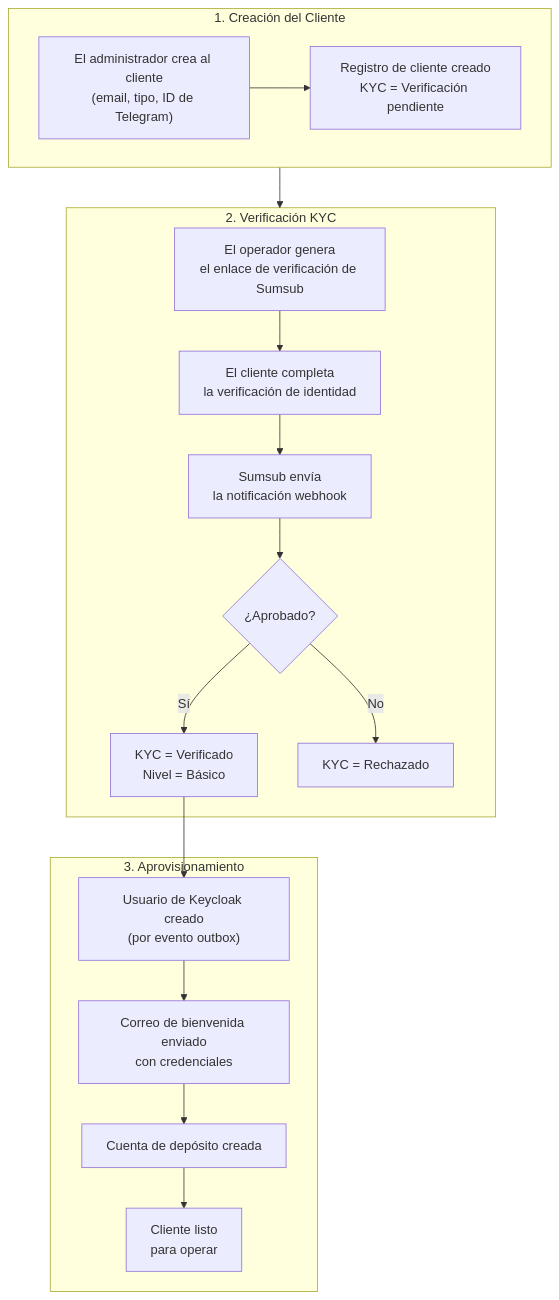
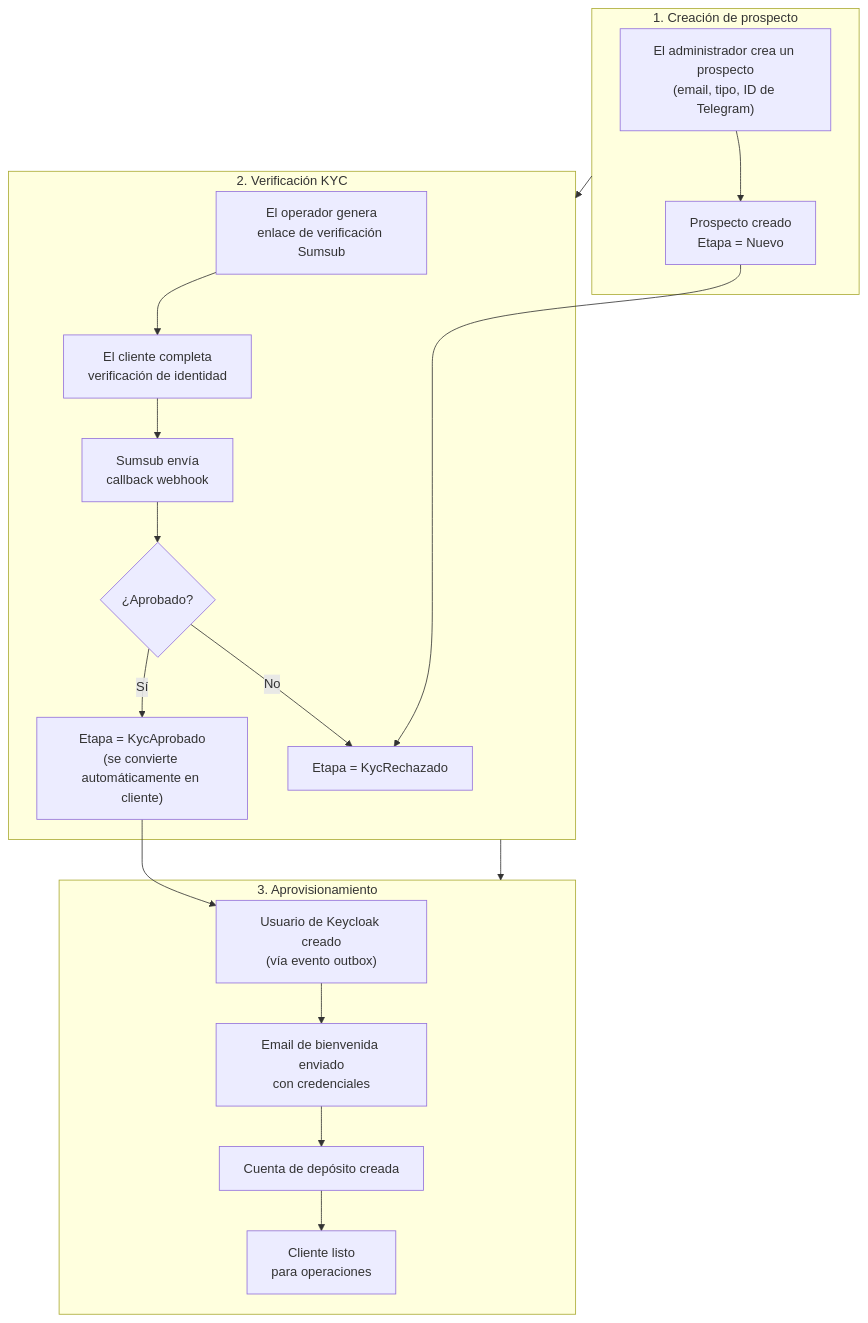
One commit to GaloyMoney/lana-bank changed the diagram in docs-site/i18n/es/docusaurus-plugin-content-docs/current/technical-documentation/customers/onboarding.md. Above: the diagram before and after it, drawn with Mermaid. The commit also changed other lines of this file and 5 other files, not shown here.

````diff
--- a/docs-site/i18n/es/docusaurus-plugin-content-docs/current/technical-documentation/customers/onboarding.md
+++ b/docs-site/i18n/es/docusaurus-plugin-content-docs/current/technical-documentation/customers/onboarding.md
@@ -13,19 +13,21 @@
 ```mermaid
 graph TD
-    subgraph S1["1. Creación del Cliente"]
-        CREATE["El administrador crea al cliente<br/>(email, tipo, ID de Telegram)"] --> PENDING["Registro de cliente creado<br/>KYC = Verificación pendiente"]
+    subgraph S1["1. Creación de prospecto"]
+        CREATE["El administrador crea un prospecto<br/>(email, tipo, ID de Telegram)"] --> NEW["Prospecto creado<br/>Etapa = Nuevo"]
     end
     subgraph S2["2. Verificación KYC"]
-        LINK["El operador genera<br/>el enlace de verificación de Sumsub"] --> CUST["El cliente completa<br/>la verificación de identidad"] --> HOOK["Sumsub envía<br/>la notificación webhook"]
+        LINK["El operador genera<br/>enlace de verificación Sumsub"] --> CUST["El cliente completa<br/>verificación de identidad"] --> HOOK["Sumsub envía<br/>callback webhook"]
         HOOK --> RESULT{¿Aprobado?}
-        RESULT -->|Sí| APPROVED["KYC = Verificado<br/>Nivel = Básico"]
-        RESULT -->|No| REJECTED["KYC = Rechazado"]
+        RESULT -->|Sí| KYCBASIC["Etapa = KycAprobado<br/>(se convierte automáticamente en cliente)"]
+        RESULT -->|No| KYCDECLINED["Etapa = KycRechazado"]
     end
     subgraph S3["3. Aprovisionamiento"]
-        APPROVED --> KC["Usuario de Keycloak creado<br/>(por evento outbox)"]
-        KC --> EMAIL["Correo de bienvenida enviado<br/>con credenciales"]
+        KYCBASIC --> KC["Usuario de Keycloak creado<br/>(vía evento outbox)"]
+        KC --> EMAIL["Email de bienvenida enviado<br/>con credenciales"]
         EMAIL --> DEPACC["Cuenta de depósito creada"]
-        DEPACC --> ACTIVE["Cliente listo<br/>para operar"]
+        DEPACC --> ACTIVE["Cliente listo<br/>para operaciones"]
     end
+    NEW --> KYCDECLINED
     S1 --> S2
+    S2 --> S3
 ```
````
